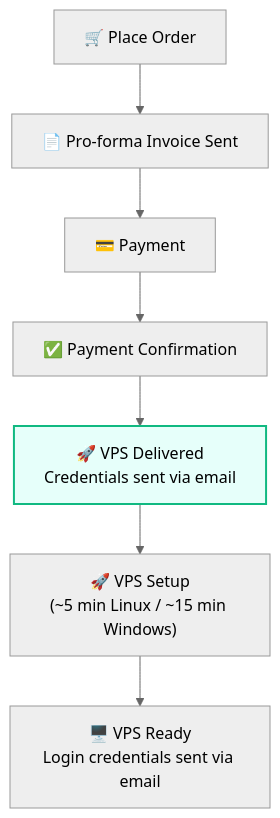
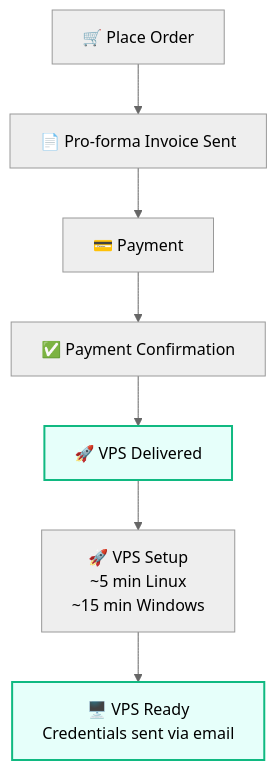
One commit to gExPl0ReR/docs changed the diagram in faq/billing-lifecycle/how-fast-instant-delivery.mdx. Above: the diagram before and after it, drawn with Mermaid (neutral theme).

Commit message:
Refine Instant Delivery diagram and text

````diff
--- a/faq/billing-lifecycle/how-fast-instant-delivery.mdx
+++ b/faq/billing-lifecycle/how-fast-instant-delivery.mdx
@@ -23,10 +23,11 @@
 ```mermaid
 flowchart TD
     A["🛒 Place Order"] --> B["📄 Pro-forma Invoice Sent"]
     B --> C["💳 Payment"]
     C --> D["✅ Payment Confirmation"]
-    D --> E["🚀 VPS Delivered<br/>Credentials sent via email"]
-    E --> F["🚀 VPS Setup<br/>(~5 min Linux / ~15 min Windows)"]
-    F --> G["🖥️ VPS Ready<br/>Login credentials sent via email"]
+    D --> E["🚀 VPS Delivered"]
+    E --> F["🚀 VPS Setup<br/>~5 min Linux <br> ~15 min Windows"]
+    F --> G["🖥️ VPS Ready<br/>Credentials sent via email"]
     style E fill:#e6fffa,stroke:#10b981,stroke-width:2px
+    style G fill:#e6fffa,stroke:#10b981,stroke-width:2px
 ```
````
